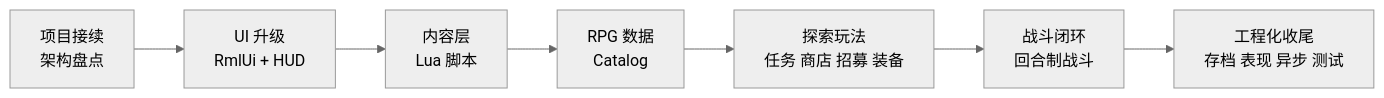
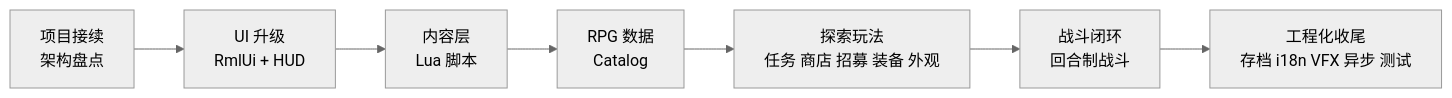
Before and after one commit to WispSnow/TinyFarmRPG: the diagram in lecture_plans/tinyfarmrpg-course-outline.md, drawn with Mermaid (neutral theme). The commit also changed other lines of this file, not shown here.

````diff
--- a/lecture_plans/tinyfarmrpg-course-outline.md
+++ b/lecture_plans/tinyfarmrpg-course-outline.md
@@ -34,9 +91,9 @@
 ```mermaid
 flowchart LR
     A["项目接续<br/>架构盘点"] --> B["UI 升级<br/>RmlUi + HUD"]
     B --> C["内容层<br/>Lua 脚本"]
     C --> D["RPG 数据<br/>Catalog"]
-    D --> E["探索玩法<br/>任务 商店 招募 装备"]
+    D --> E["探索玩法<br/>任务 商店 招募 装备 外观"]
     E --> F["战斗闭环<br/>回合制战斗"]
-    F --> G["工程化收尾<br/>存档 表现 异步 测试"]
+    F --> G["工程化收尾<br/>存档 i18n VFX 异步 测试"]
 ```
````
